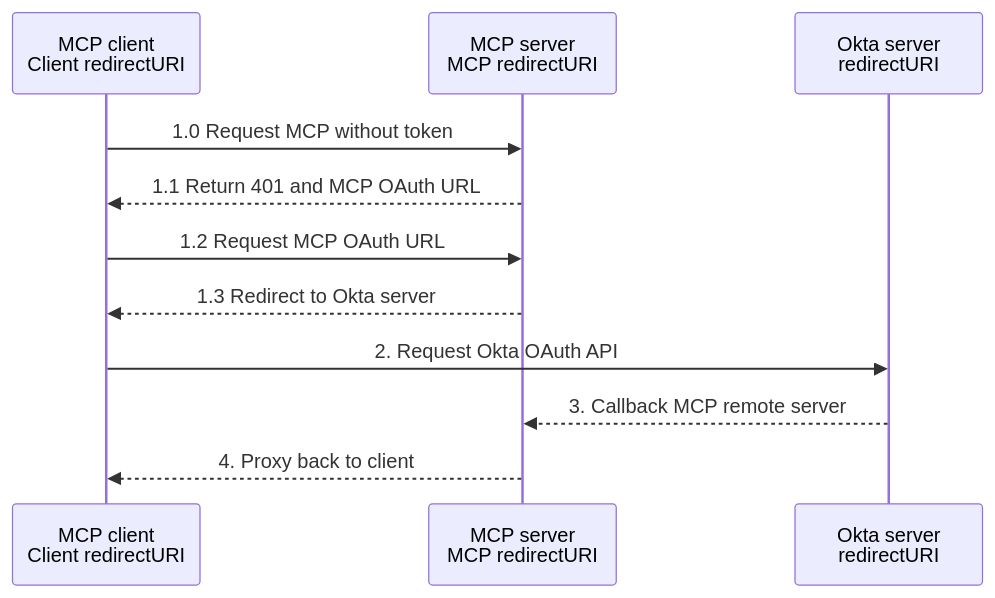
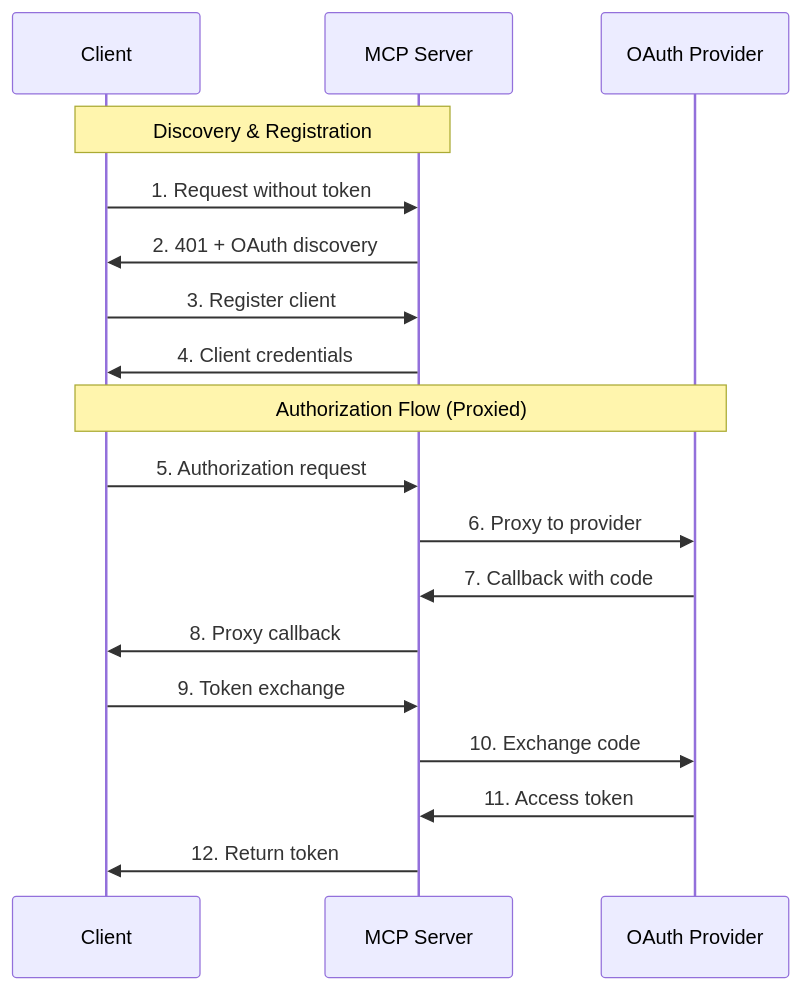
Before and after one commit to Vungle/mcp-trino: the third of 8 diagrams in docs/oauth.md, drawn with Mermaid. The commit also changed other lines of this file, not shown here.

Commit message:
fix(oauth): update JWKS URL for Okta verification endpoint

````diff
--- a/docs/oauth.md
+++ b/docs/oauth.md
@@ -27,21 +115,22 @@
 ```mermaid
 sequenceDiagram
-    participant MCP_Client as MCP client<br/>Client redirectURI
-    participant MCP_Server as MCP server<br/>MCP redirectURI
-    participant Okta_Server as Okta server<br/>redirectURI
+    participant Client
+    participant MCP as MCP Server
+    participant Provider as OAuth Provider
 
-    %% Step 1 - Auth to MCP
-    MCP_Client->>MCP_Server: 1.0 Request MCP without token
-    MCP_Server-->>MCP_Client: 1.1 Return 401 and MCP OAuth URL
-    MCP_Client->>MCP_Server: 1.2 Request MCP OAuth URL
-    MCP_Server-->>MCP_Client: 1.3 Redirect to Okta server
+    Note over Client,MCP: Discovery & Registration
+    Client->>MCP: 1. Request without token
+    MCP->>Client: 2. 401 + OAuth discovery
+    Client->>MCP: 3. Register client
+    MCP->>Client: 4. Client credentials
 
-    %% Step 2 - request to Okta
-    MCP_Client->>Okta_Server: 2. Request Okta OAuth API
-
-    %% Step 3 - Callback from Okta
-    Okta_Server-->>MCP_Server: 3. Callback MCP remote server
-
-    %% Step 4 - Proxy back to client
-    MCP_Server-->>MCP_Client: 4. Proxy back to client
+    Note over Client,Provider: Authorization Flow (Proxied)
+    Client->>MCP: 5. Authorization request
+    MCP->>Provider: 6. Proxy to provider
+    Provider->>MCP: 7. Callback with code
+    MCP->>Client: 8. Proxy callback
+    Client->>MCP: 9. Token exchange
+    MCP->>Provider: 10. Exchange code
+    Provider->>MCP: 11. Access token
+    MCP->>Client: 12. Return token
 ```
````
